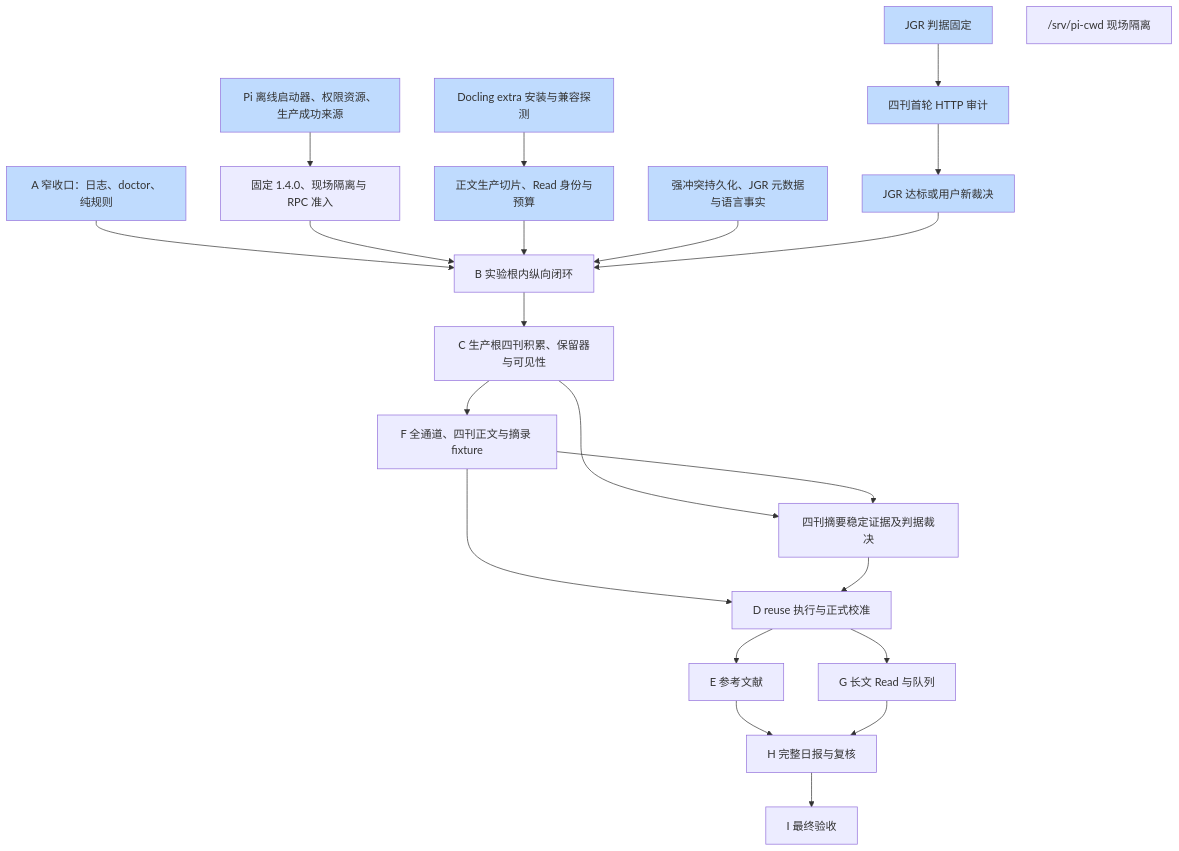
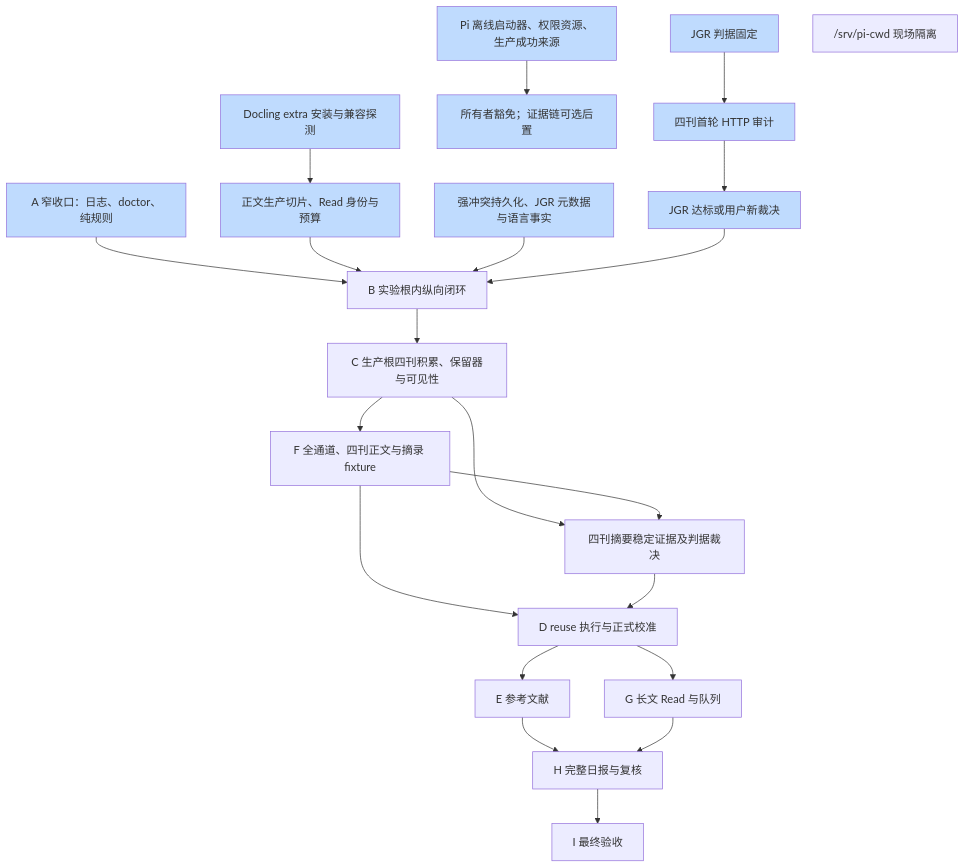
The diagram in docs/roadmap.md (MeteoBoy4/PaperRadar), drawn with Mermaid before and after one commit. The commit also changed other lines of this file and 15 other files, not shown here.

````diff
--- a/docs/roadmap.md
+++ b/docs/roadmap.md
@@ -19,26 +19,25 @@
 ```mermaid
 flowchart TD
   J[JGR 判据固定] --> Audit[四刊首轮 HTTP 审计]
   Audit --> Source[JGR 达标或用户新裁决]
   A[A 窄收口：日志、doctor、纯规则] --> B[B 实验根内纵向闭环]
-  Pi[Pi 离线启动器、权限资源、生产成功来源] --> Live[固定 1.4.0、现场隔离与 RPC 准入]
+  Pi[Pi 离线启动器、权限资源、生产成功来源] --> Live[所有者豁免；证据链可选后置]
   Cwd["/srv/pi-cwd 现场隔离"]
-  Live --> B
   Extra[Docling extra 安装与兼容探测] --> Body[正文生产切片、Read 身份与预算]
   Body --> B
   Feed[强冲突持久化、JGR 元数据与语言事实] --> B
   Source --> B
   B --> C[C 生产根四刊积累、保留器与可见性]
   C --> F[F 全通道、四刊正文与摘录 fixture]
   C --> Abstract[四刊摘要稳定证据及判据裁决]
   F --> Abstract
   F --> D[D reuse 执行与正式校准]
   Abstract --> D
   D --> E[E 参考文献]
   D --> G[G 长文 Read 与队列]
   E --> H[H 完整日报与复核]
   G --> H
   H --> I[I 最终验收]
   classDef completed fill:#bfdbfe
-  class J,Audit,Source,A,Pi,Extra,Body,Feed completed
+  class J,Audit,Source,A,Pi,Live,Extra,Body,Feed completed
 ```
````
